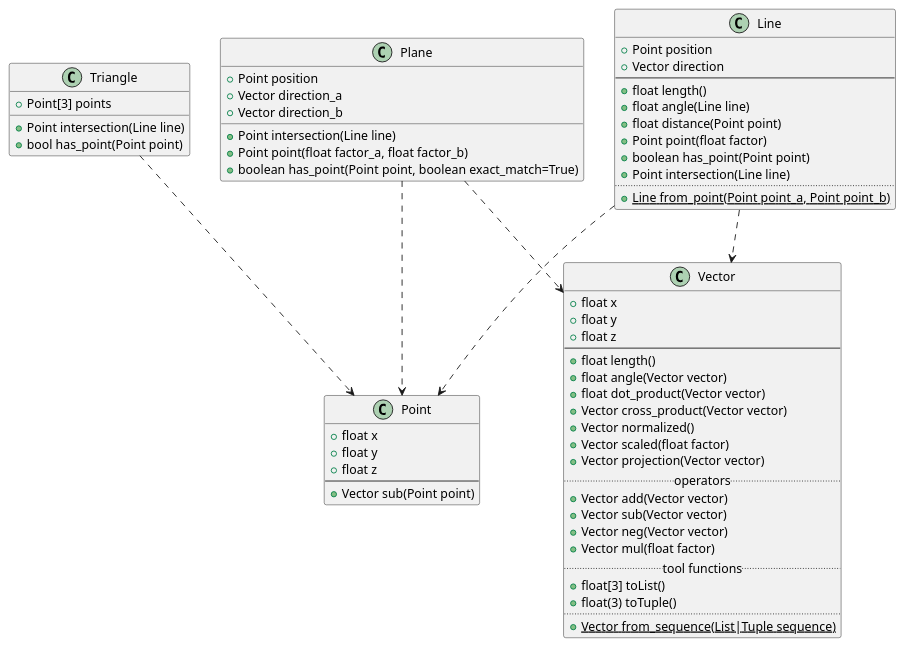
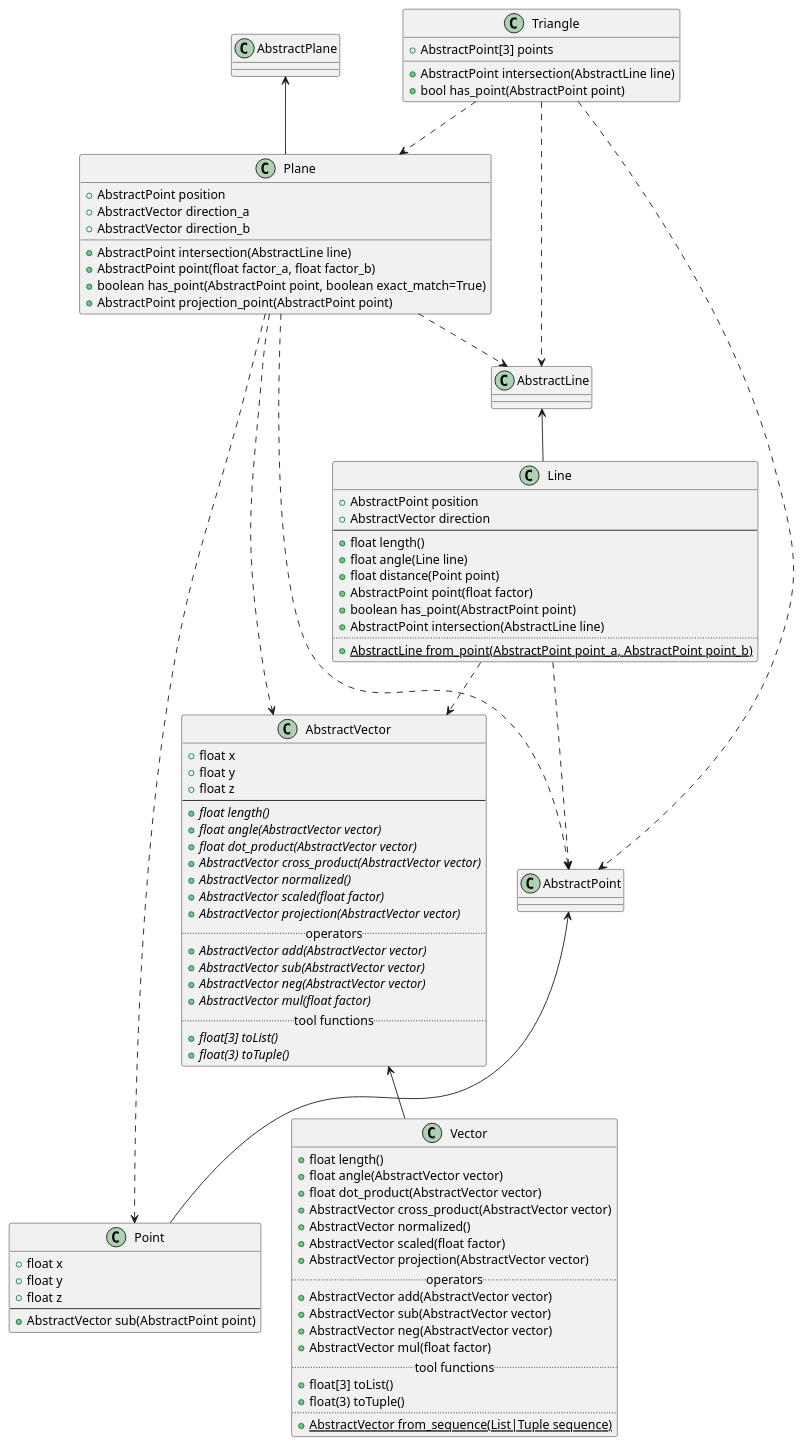
One commit to Nachtfeuer/engine changed the diagram in docs/index.md. Above: the diagram before and after it, drawn with PlantUML. The commit also changed 14 other files, not shown here.

Commit message:
- Refactoring to use abstract base classes. - added: projection of point on plane (method in plane)

````diff
--- a/docs/index.md
+++ b/docs/index.md
@@ -5,33 +5,62 @@
 ```plantuml
 @startuml
-Line ..> Point
-Line ..> Vector
-Triangle ..> Point
+AbstractLine <-- Line
+AbstractPoint <-- Point
+AbstractVector <-- Vector
+AbstractPlane <-- Plane
+
+Line ..> AbstractPoint
+Line ..> AbstractVector
+
+Triangle ..> AbstractPoint
+Triangle ..> AbstractLine
+Triangle ..> Plane
+
 Plane ..> Point
-Plane ..> Vector
+Plane ..> AbstractPoint
+Plane ..> AbstractVector
+Plane ..> AbstractLine
 
-class Vector {
+class AbstractVector {
     + float x
     + float y
     + float z
     --
+    {abstract} + float length()
+    {abstract} + float angle(AbstractVector vector)
+    {abstract} + float dot_product(AbstractVector vector)
+    {abstract} + AbstractVector cross_product(AbstractVector vector)
+    {abstract} + AbstractVector normalized()
+    {abstract} + AbstractVector scaled(float factor)
+    {abstract} + AbstractVector projection(AbstractVector vector)
+    .. operators ..
+    {abstract} + AbstractVector add(AbstractVector vector)
+    {abstract} + AbstractVector sub(AbstractVector vector)
+    {abstract} + AbstractVector neg(AbstractVector vector)
+    {abstract} + AbstractVector mul(float factor)
+    .. tool functions ..
+    {abstract} + float[3] toList()
+    {abstract} + float(3) toTuple()
+}
+
+class Vector {
     + float length()
-    + float angle(Vector vector)
-    + float dot_product(Vector vector)
-    + Vector cross_product(Vector vector)
-    + Vector normalized()
-    + Vector scaled(float factor)
-    + Vector projection(Vector vector)
+    + float angle(AbstractVector vector)
+    + float dot_product(AbstractVector vector)
+    + AbstractVector cross_product(AbstractVector vector)
+    + AbstractVector normalized()
+    + AbstractVector scaled(float factor)
+    + AbstractVector projection(AbstractVector vector)
     .. operators ..
-    + Vector add(Vector vector)
-    + Vector sub(Vector vector)
-    + Vector neg(Vector vector)
-    + Vector mul(float factor)
+    + AbstractVector add(AbstractVector vector)
+    + AbstractVector sub(AbstractVector vector)
+    + AbstractVector neg(AbstractVector vector)
+    + AbstractVector mul(float factor)
     .. tool functions ..
     + float[3] toList()
     + float(3) toTuple()
     ..
-    {static} + Vector from_sequence(List|Tuple sequence)
+    {static} + AbstractVector from_sequence(List|Tuple sequence)
 }
 
 class Point {
@@ -39,37 +68,38 @@
     + float y
     + float z
     --
-    + Vector sub(Point point)
+    + AbstractVector sub(AbstractPoint point)
 }
 
 class Line {
-    + Point position
-    + Vector direction
+    + AbstractPoint position
+    + AbstractVector direction
     --
     + float length()
     + float angle(Line line)
     + float distance(Point point)
-    + Point point(float factor)
-    + boolean has_point(Point point)
-    + Point intersection(Line line)
+    + AbstractPoint point(float factor)
+    + boolean has_point(AbstractPoint point)
+    + AbstractPoint intersection(AbstractLine line)
     ..
-    {static} + Line from_point(Point point_a, Point point_b)
+    {static} + AbstractLine from_point(AbstractPoint point_a, AbstractPoint point_b)
 }
 
 class Plane {
-    + Point position
-    + Vector direction_a
-    + Vector direction_b
+    + AbstractPoint position
+    + AbstractVector direction_a
+    + AbstractVector direction_b
 
-    + Point intersection(Line line)
-    + Point point(float factor_a, float factor_b)
-    + boolean has_point(Point point, boolean exact_match=True)
+    + AbstractPoint intersection(AbstractLine line)
+    + AbstractPoint point(float factor_a, float factor_b)
+    + boolean has_point(AbstractPoint point, boolean exact_match=True)
+    + AbstractPoint projection_point(AbstractPoint point)
 }
 
 class Triangle {
-    + Point[3] points
-    + Point intersection(Line line)
-    + bool has_point(Point point)
+    + AbstractPoint[3] points
+    + AbstractPoint intersection(AbstractLine line)
+    + bool has_point(AbstractPoint point)
 }
 @enduml
 ```
````
